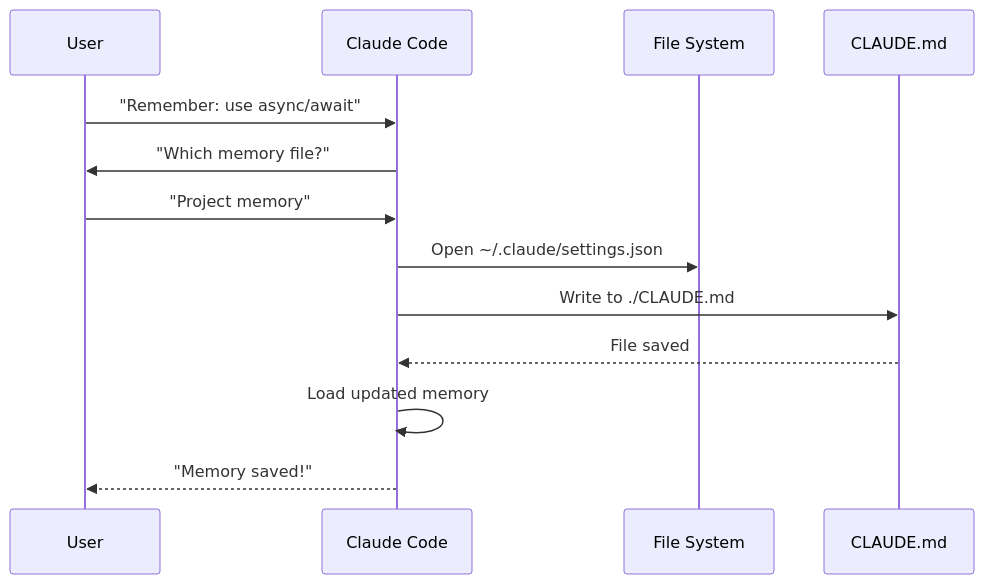
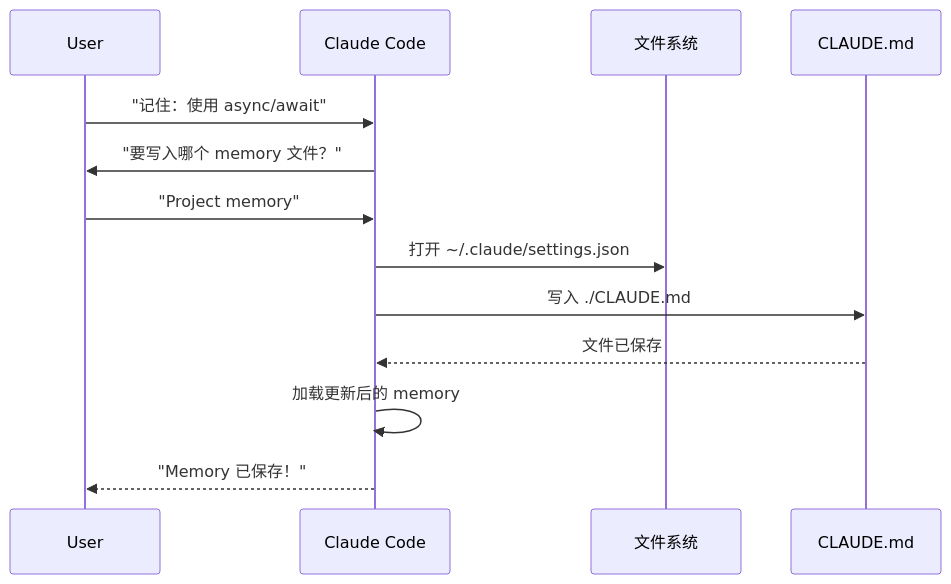
One commit to wgqi1126/claude-howto-zh-cn changed the second of 4 diagrams in 02-memory/README.md. Above: the diagram before and after it, drawn with Mermaid. The commit also changed other lines of this file and 58 other files, not shown here.

````diff
--- a/02-memory/README.md
+++ b/02-memory/README.md
@@ -403,16 +403,16 @@
 ```mermaid
 sequenceDiagram
     participant User
     participant Claude as Claude Code
-    participant Editor as File System
+    participant Editor as 文件系统
     participant Memory as CLAUDE.md
 
-    User->>Claude: "Remember: use async/await"
-    Claude->>User: "Which memory file?"
+    User->>Claude: "记住：使用 async/await"
+    Claude->>User: "要写入哪个 memory 文件？"
     User->>Claude: "Project memory"
-    Claude->>Editor: Open ~/.claude/settings.json
-    Claude->>Memory: Write to ./CLAUDE.md
-    Memory-->>Claude: File saved
-    Claude->>Claude: Load updated memory
-    Claude-->>User: "Memory saved!"
+    Claude->>Editor: 打开 ~/.claude/settings.json
+    Claude->>Memory: 写入 ./CLAUDE.md
+    Memory-->>Claude: 文件已保存
+    Claude->>Claude: 加载更新后的 memory
+    Claude-->>User: "Memory 已保存！"
 ```
````
